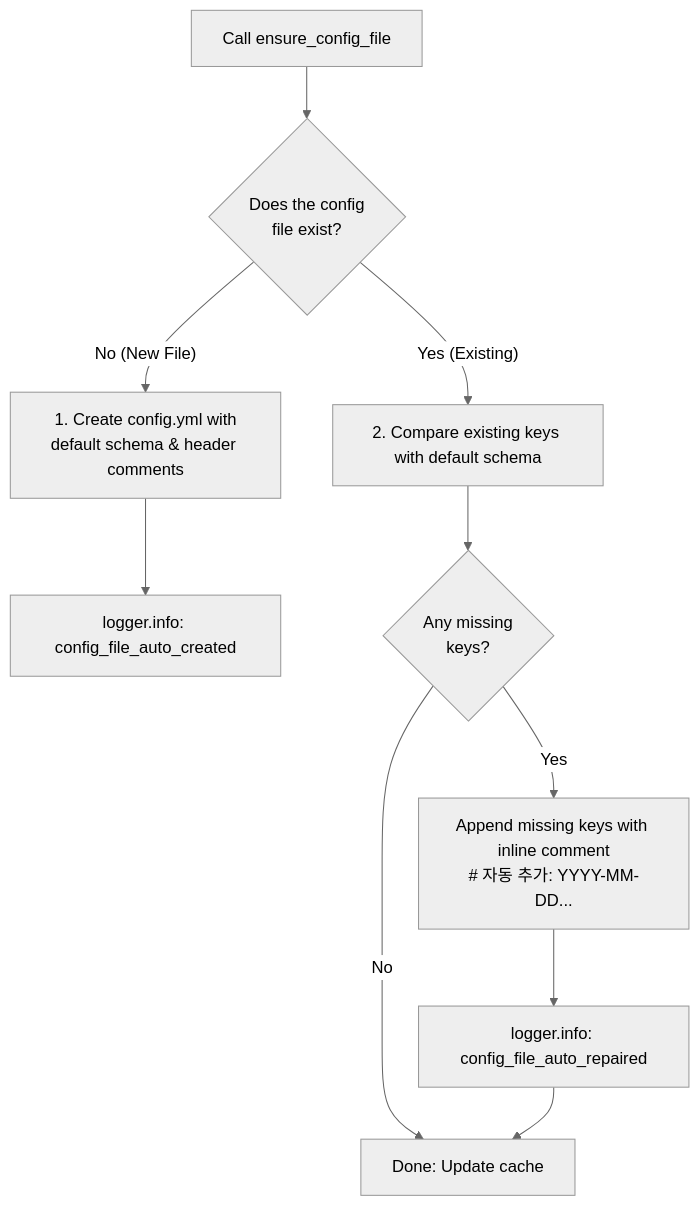
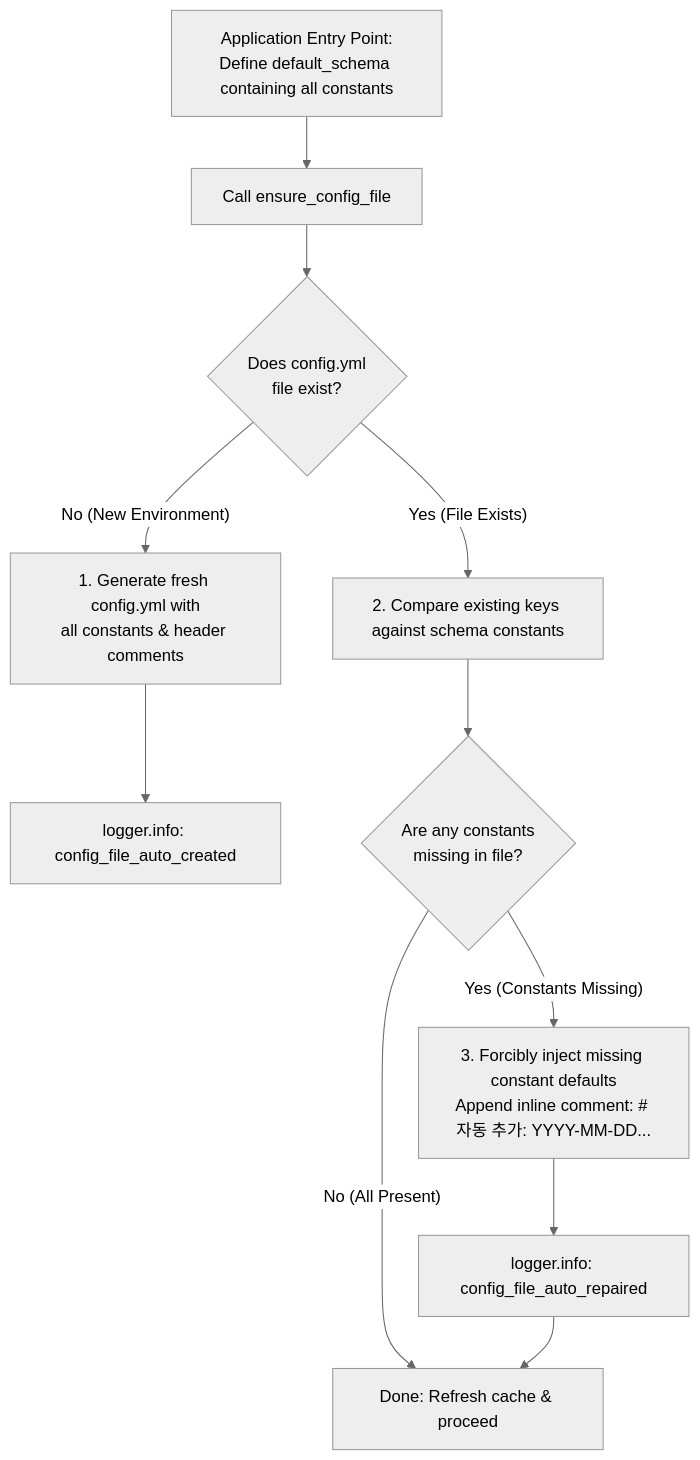
Before and after one commit to kampores/agent_common: the diagram in manual/en/config_loader/06_ensure_config_self_healing.md, drawn with Mermaid (neutral theme). The commit also changed other lines of this file and 15 other files, not shown here.

````diff
--- a/manual/en/config_loader/06_ensure_config_self_healing.md
+++ b/manual/en/config_loader/06_ensure_config_self_healing.md
@@ -37,14 +49,15 @@
 ```mermaid
 flowchart TD
-    Start[Call ensure_config_file] --> CheckExist{Does the config<br/>file exist?}
+    Start[Application Entry Point:<br/>Define default_schema containing all constants] --> Call[Call ensure_config_file]
+    Call --> CheckExist{Does config.yml<br/>file exist?}
     
-    CheckExist -- No (New File) --> CreateNew[1. Create config.yml with<br/>default schema & header comments]
+    CheckExist -- No (New Environment) --> CreateNew[1. Generate fresh config.yml with<br/>all constants & header comments]
     CreateNew --> LogCreate[logger.info: config_file_auto_created]
     
-    CheckExist -- Yes (Existing) --> CompareSchema[2. Compare existing keys with default schema]
-    CompareSchema --> MissingCheck{Any missing<br/>keys?}
-    MissingCheck -- No --> Done[Done: Update cache]
-    MissingCheck -- Yes --> Repair[Append missing keys with inline comment<br/># 자동 추가: YYYY-MM-DD...]
-    Repair --> LogRepair[logger.info: config_file_auto_repaired]
+    CheckExist -- Yes (File Exists) --> CompareSchema[2. Compare existing keys against schema constants]
+    CompareSchema --> MissingCheck{Are any constants<br/>missing in file?}
+    MissingCheck -- No (All Present) --> Done[Done: Refresh cache & proceed]
+    MissingCheck -- Yes (Constants Missing) --> ForceInject[3. Forcibly inject missing constant defaults<br/>Append inline comment: # 자동 추가: YYYY-MM-DD...]
+    ForceInject --> LogRepair[logger.info: config_file_auto_repaired]
     LogRepair --> Done
 ```
````
